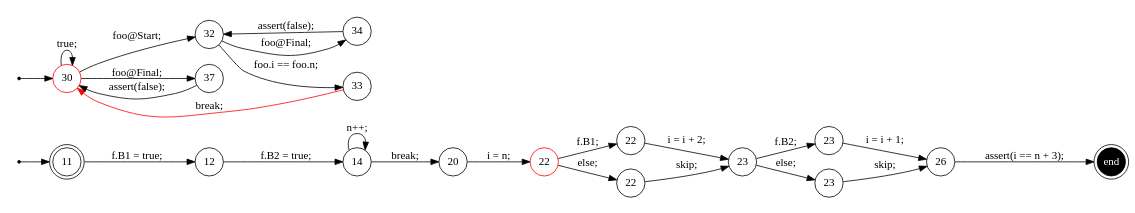
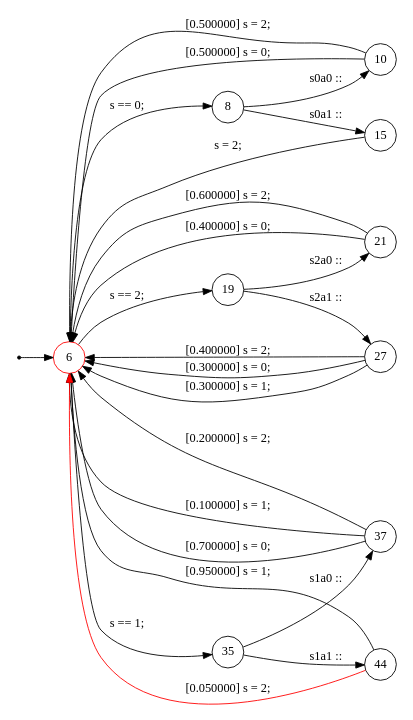
One commit to samilazregsuidi/Daedalux changed the diagram in trace/9.dot. Above: the diagram before and after it, drawn with Graphviz. The commit also changed 277 other files, not shown here.

```diff
--- a/trace/9.dot
+++ b/trace/9.dot
@@ -1,48 +1,39 @@
 digraph finite_state_machine {
 	rankdir=LR
 	size="8,5"
-	93824993311008 [label = 11, shape = doublecircle, fixedsize = true]; 
-	s93824993311008 [shape = point];
-	93824993307216 [label = 30, shape = doublecircle, color = red, fixedsize = true]; 
-	s93824993307216 [shape = point];
-	e93824993306544 [shape = doublecircle, fixedsize = true, style = filled, fillcolor = black, fontcolor = white,  label = end];
-	 93824993312480 [label = 12, shape = circle, fixedsize = true ];
-	 93824993302560 [label = 14, shape = circle, fixedsize = true ];
-	 93824993303360 [label = 20, shape = circle, fixedsize = true ];
-	 93824993303680 [label = 22, shape = circle, color = red, fixedsize = true ];
-	 93824993304480 [label = 22, shape = circle, fixedsize = true ];
-	 93824993305200 [label = 22, shape = circle, fixedsize = true ];
-	 93824993304992 [label = 23, shape = circle, fixedsize = true ];
-	 93824993306032 [label = 23, shape = circle, fixedsize = true ];
-	 93824993306752 [label = 23, shape = circle, fixedsize = true ];
-	 93824993306544 [label = 26, shape = circle, fixedsize = true ];
-	 93824993307216 [label = 30, shape = circle, color = red, fixedsize = true ];
-	 93824993307984 [label = 32, shape = circle, fixedsize = true ];
-	 93824993308816 [label = 33, shape = circle, fixedsize = true ];
-	 93824993309536 [label = 34, shape = circle, fixedsize = true ];
-	 93824993310048 [label = 37, shape = circle, fixedsize = true ];
-	s93824993311008 -> 93824993311008;
-	s93824993307216 -> 93824993307216;
-	93824993311008 -> 93824993312480 [ label = "f.B1 = true; "];
-	93824993312480 -> 93824993302560 [ label = "f.B2 = true; "];
-	93824993302560 -> 93824993303360 [ label = "break; "];
-	93824993302560 -> 93824993302560 [ label = "n++; "];
-	93824993303360 -> 93824993303680 [ label = "i = n; "];
-	93824993303680 -> 93824993304480 [ label = "f.B1; "];
-	93824993304480 -> 93824993304992 [ label = "i = i + 2; "];
-	93824993303680 -> 93824993305200 [ label = "else; "];
-	93824993305200 -> 93824993304992 [ label = "skip; "];
-	93824993304992 -> 93824993306032 [ label = "f.B2; "];
-	93824993306032 -> 93824993306544 [ label = "i = i + 1; "];
-	93824993304992 -> 93824993306752 [ label = "else; "];
-	93824993306752 -> 93824993306544 [ label = "skip; "];
-	93824993306544 -> e93824993306544 [ label = "assert(i == n + 3); "];
-	93824993307216 -> 93824993307984 [ label = "foo@Start; "];
-	93824993307984 -> 93824993308816 [ label = "foo.i == foo.n; "];
-	93824993308816 -> 93824993307216 [color = red, label = "break; "];
-	93824993307984 -> 93824993309536 [ label = "foo@Final; "];
-	93824993309536 -> 93824993307984 [ label = "assert(false); "];
-	93824993307216 -> 93824993310048 [ label = "foo@Final; "];
-	93824993310048 -> 93824993307216 [ label = "assert(false); "];
-	93824993307216 -> 93824993307216 [ label = "true; "];
+	93824993319552 [label = 6, shape = doublecircle, color = red, fixedsize = true]; 
+	s93824993319552 [shape = point];
+	 93824993319552 [label = 6, shape = circle, color = red, fixedsize = true ];
+	 93824993310416 [label = 8, shape = circle, fixedsize = true ];
+	 93824993310976 [label = 10, shape = circle, fixedsize = true ];
+	 93824993312496 [label = 15, shape = circle, fixedsize = true ];
+	 93824993312944 [label = 19, shape = circle, fixedsize = true ];
+	 93824993313712 [label = 21, shape = circle, fixedsize = true ];
+	 93824993315232 [label = 27, shape = circle, fixedsize = true ];
+	 93824993316688 [label = 35, shape = circle, fixedsize = true ];
+	 93824993317632 [label = 37, shape = circle, fixedsize = true ];
+	 93824993325184 [label = 44, shape = circle, fixedsize = true ];
+	s93824993319552 -> 93824993319552;
+	93824993319552 -> 93824993310416 [ label = "s == 0; "];
+	93824993310416 -> 93824993310976 [ label = "s0a0 :: "];
+	93824993310976 -> 93824993319552 [ label = " [0.500000] s = 0; "];
+	93824993310976 -> 93824993319552 [ label = " [0.500000] s = 2; "];
+	93824993310416 -> 93824993312496 [ label = "s0a1 :: "];
+	93824993312496 -> 93824993319552 [ label = "s = 2; "];
+	93824993319552 -> 93824993312944 [ label = "s == 2; "];
+	93824993312944 -> 93824993313712 [ label = "s2a0 :: "];
+	93824993313712 -> 93824993319552 [ label = " [0.400000] s = 0; "];
+	93824993313712 -> 93824993319552 [ label = " [0.600000] s = 2; "];
+	93824993312944 -> 93824993315232 [ label = "s2a1 :: "];
+	93824993315232 -> 93824993319552 [ label = " [0.400000] s = 2; "];
+	93824993315232 -> 93824993319552 [ label = " [0.300000] s = 0; "];
+	93824993315232 -> 93824993319552 [ label = " [0.300000] s = 1; "];
+	93824993319552 -> 93824993316688 [ label = "s == 1; "];
+	93824993316688 -> 93824993317632 [ label = "s1a0 :: "];
+	93824993317632 -> 93824993319552 [ label = " [0.100000] s = 1; "];
+	93824993317632 -> 93824993319552 [ label = " [0.700000] s = 0; "];
+	93824993317632 -> 93824993319552 [ label = " [0.200000] s = 2; "];
+	93824993316688 -> 93824993325184 [ label = "s1a1 :: "];
+	93824993325184 -> 93824993319552 [ label = " [0.950000] s = 1; "];
+	93824993325184 -> 93824993319552 [color = red, label = " [0.050000] s = 2; "];
 }
```
